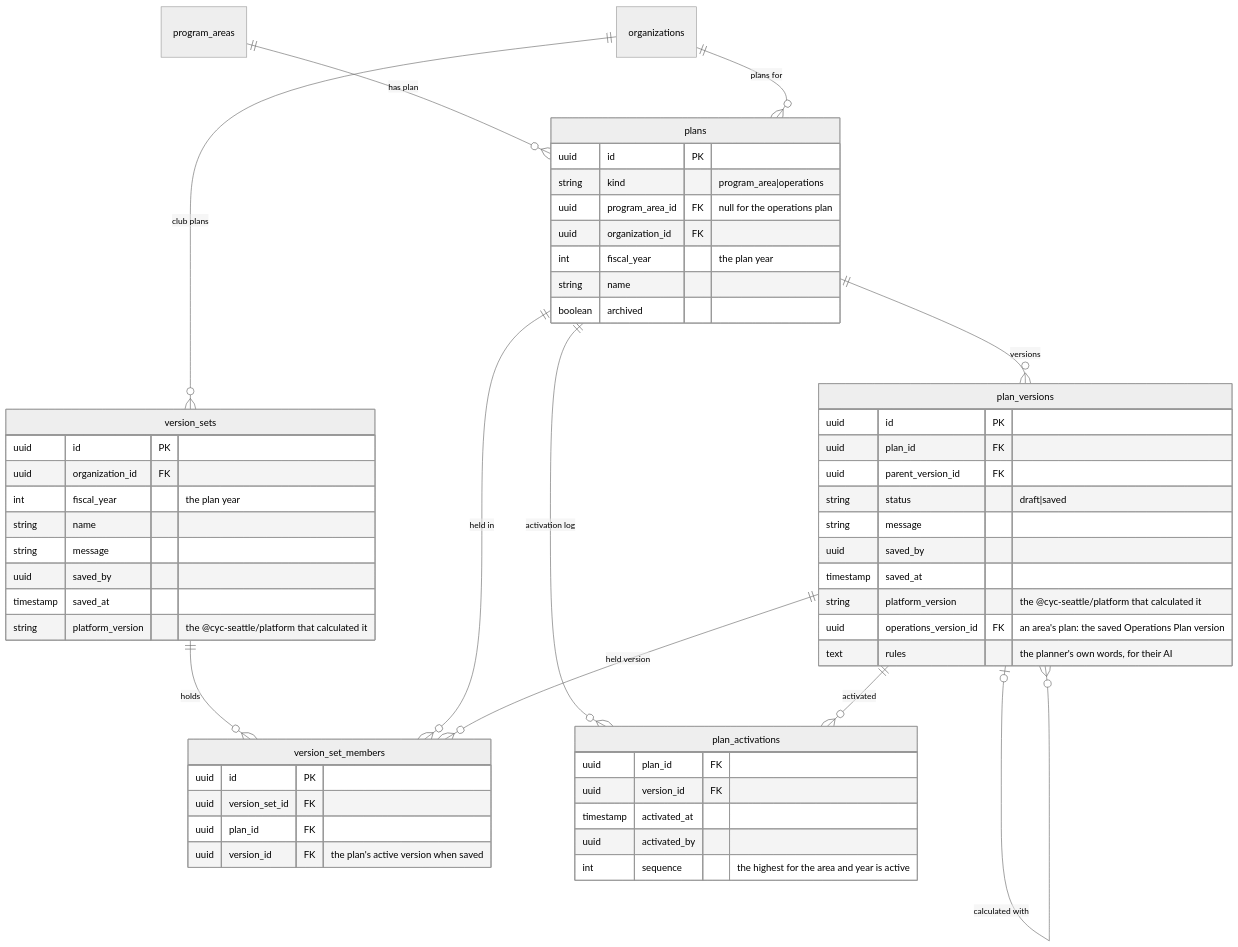
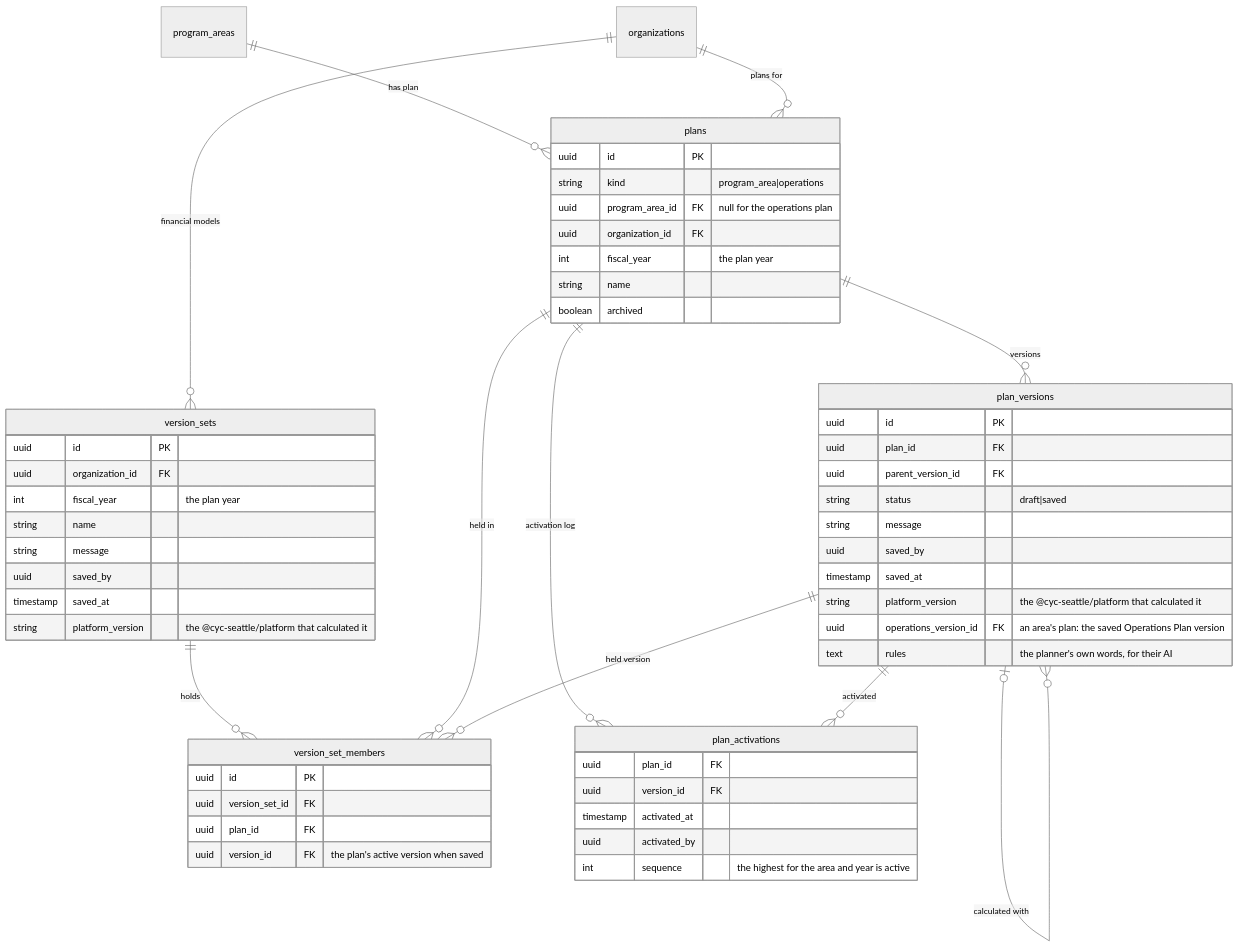
Before and after one commit to cyc-seattle/platform: the second of 6 diagrams in docs/planning-schema.md, drawn with Mermaid (neutral theme). The commit also changed other lines of this file and 13 other files, not shown here.

First line of the commit message:
feat: call a club plan a financial model

````diff
--- a/docs/planning-schema.md
+++ b/docs/planning-schema.md
@@ -135,59 +135,59 @@
 ```mermaid
 erDiagram
     program_areas ||--o{ plans : "has plan"
     organizations ||--o{ plans : "plans for"
     plans ||--o{ plan_versions : versions
     plan_versions |o--o{ plan_versions : parent
     plan_versions |o--o{ plan_versions : "calculated with"
-    organizations ||--o{ version_sets : "club plans"
+    organizations ||--o{ version_sets : "financial models"
     version_sets ||--o{ version_set_members : holds
     plans ||--o{ version_set_members : "held in"
     plan_versions ||--o{ version_set_members : "held version"
     plans ||--o{ plan_activations : "activation log"
     plan_versions ||--o{ plan_activations : activated
 
     plans {
         uuid id PK
         string kind "program_area|operations"
         uuid program_area_id FK "null for the operations plan"
         uuid organization_id FK
         int fiscal_year "the plan year"
         string name
         boolean archived
     }
     plan_versions {
         uuid id PK
         uuid plan_id FK
         uuid parent_version_id FK
         string status "draft|saved"
         string message
         uuid saved_by
         timestamp saved_at
         string platform_version "the @cyc-seattle/platform that calculated it"
         uuid operations_version_id FK "an area's plan: the saved Operations Plan version"
         text rules "the planner's own words, for their AI"
     }
     version_sets {
         uuid id PK
         uuid organization_id FK
         int fiscal_year "the plan year"
         string name
         string message
         uuid saved_by
         timestamp saved_at
         string platform_version "the @cyc-seattle/platform that calculated it"
     }
     version_set_members {
         uuid id PK
         uuid version_set_id FK
         uuid plan_id FK
         uuid version_id FK "the plan's active version when saved"
     }
     plan_activations {
         uuid plan_id FK
         uuid version_id FK
         timestamp activated_at
         uuid activated_by
         int sequence "the highest for the area and year is active"
     }
 ```
````
